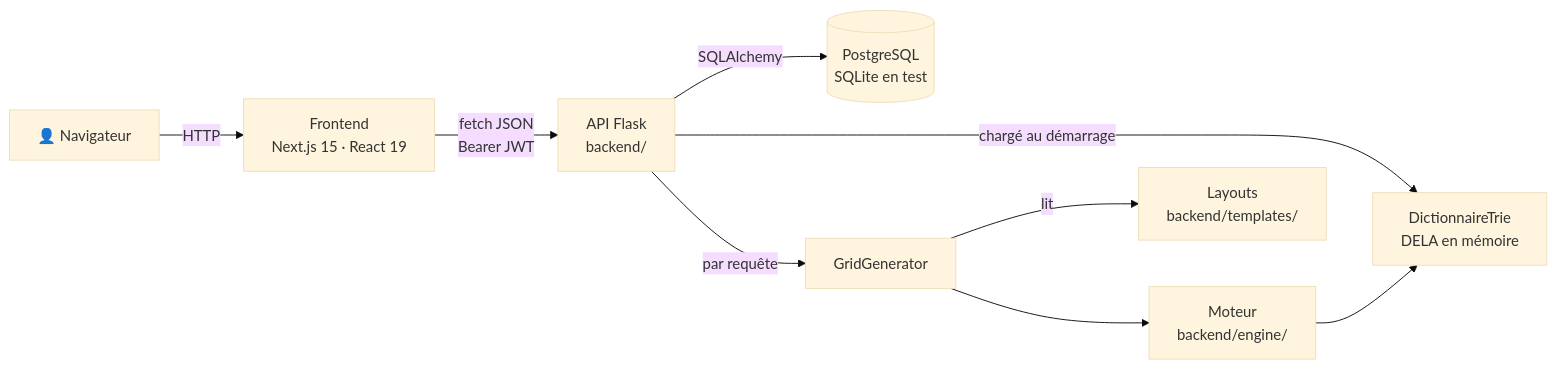
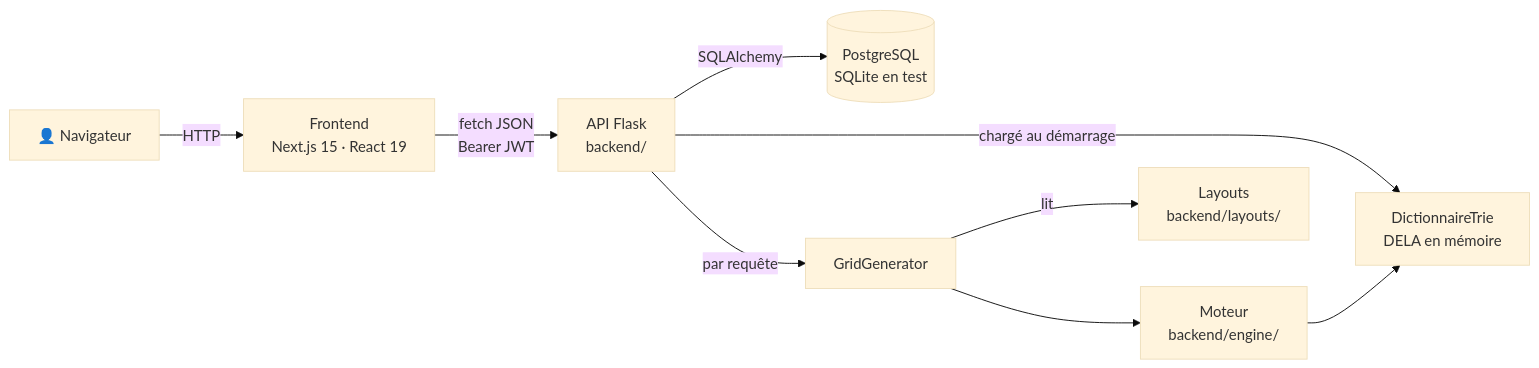
The first of 3 diagrams in docs/ARCHITECTURE.md (maximefd/terminator-app), drawn with Mermaid (base theme) before and after one commit. The commit also changed other lines of this file and 27 other files, not shown here.

First line of the commit message:
feat(layouts): layout format v1 (x / -) in backend/layouts

````diff
--- a/docs/ARCHITECTURE.md
+++ b/docs/ARCHITECTURE.md
@@ -12,11 +12,11 @@
 ```mermaid
 flowchart LR
     U[👤 Navigateur] -->|HTTP| F[Frontend<br/>Next.js 15 · React 19]
     F -->|fetch JSON<br/>Bearer JWT| A[API Flask<br/>backend/]
     A -->|SQLAlchemy| DB[(PostgreSQL<br/>SQLite en test)]
     A -->|chargé au démarrage| T[DictionnaireTrie<br/>DELA en mémoire]
     A -->|par requête| G[GridGenerator]
     G --> E[Moteur<br/>backend/engine/]
     E --> T
-    G -->|lit| L[Layouts<br/>backend/templates/]
+    G -->|lit| L[Layouts<br/>backend/layouts/]
 ```
````
